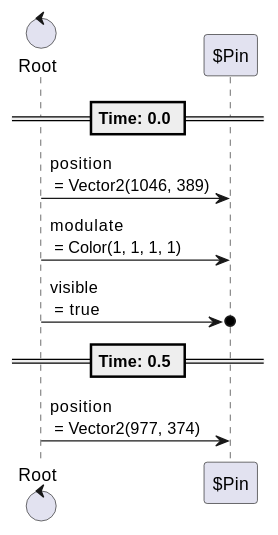
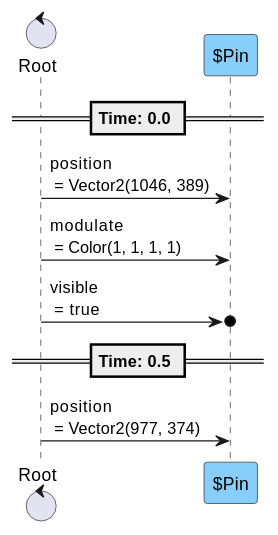
Diagram 18 of 24 in content/scenes/src/beginning/chapters/chapters.tscn.adoc (tkmfujise/Platformer-Game-Learning), drawn with PlantUML before and after one commit. The commit also changed other lines of this file and 67 other files, not shown here.

```diff
--- a/content/scenes/src/beginning/chapters/chapters.tscn.adoc
+++ b/content/scenes/src/beginning/chapters/chapters.tscn.adoc
@@ -811,16 +811,16 @@
 [plantuml]
 ....
 control "Root" as R
-participant "$Pin" as T0
+participant "$Pin" as T0 #87CEFA
 
 
 
 == Time: 0.0 ==
 R  ->  T0 : position\n = Vector2(1046, 389)
 R  ->  T0 : modulate\n = Color(1, 1, 1, 1)
 R  ->o  T0 : visible\n = true
 == Time: 0.5 ==
 R  ->  T0 : position\n = Vector2(977, 374)
 
 
 ....
```
